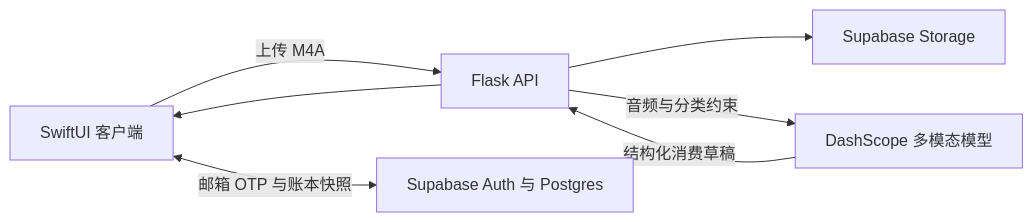
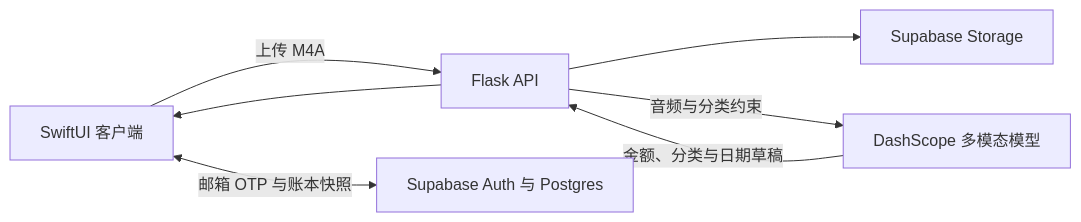
Before and after one commit to KapiYue/miaoji: the diagram in README_zh.md, drawn with Mermaid. The commit also changed other lines of this file and 56 other files, not shown here.

````diff
--- a/README_zh.md
+++ b/README_zh.md
@@ -58,9 +58,9 @@
 ```mermaid
 flowchart LR
     A["SwiftUI 客户端"] -->|"上传 M4A"| B["Flask API"]
     B --> C["Supabase Storage"]
     B -->|"音频与分类约束"| D["DashScope 多模态模型"]
-    D -->|"结构化消费草稿"| B
+    D -->|"金额、分类与日期草稿"| B
     B --> A
     A <-->|"邮箱 OTP 与账本快照"| E["Supabase Auth 与 Postgres"]
 ```
````
